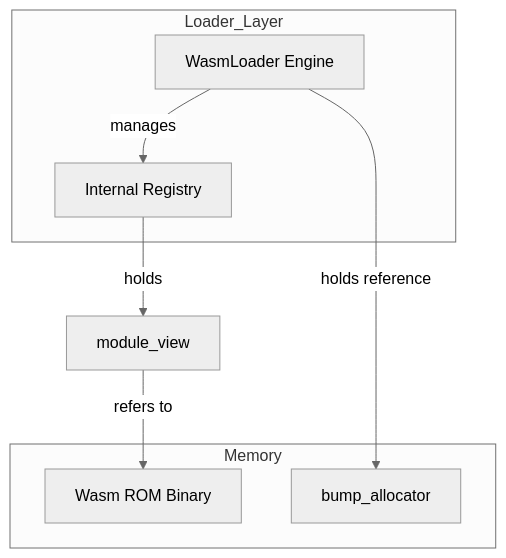
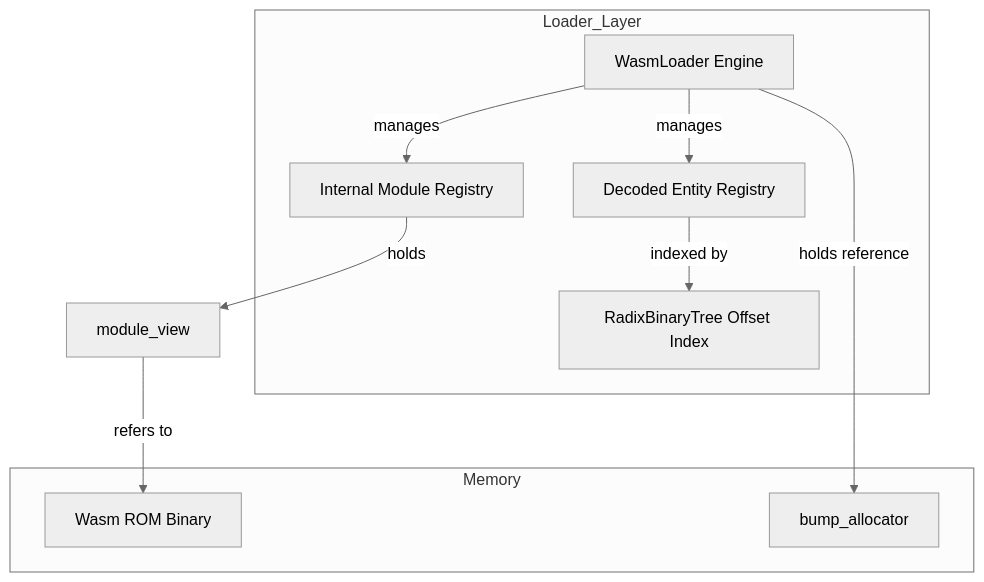
One commit to kmt-t/fireball changed the first of 3 diagrams in docs/components/tier2_runtime/runtime_loader.md. Above: the diagram before and after it, drawn with Mermaid (neutral theme). The commit also changed other lines of this file and 7 other files, not shown here.

Commit message:
feat(loader): add DecodedEntityRegistry and RadixBinaryTree file offset reverse lookup to WASM loader specification and implementation

````diff
--- a/docs/components/tier2_runtime/runtime_loader.md
+++ b/docs/components/tier2_runtime/runtime_loader.md
@@ -27,17 +29,21 @@
 ```mermaid
 graph TD
     subgraph Loader_Layer
         Loader[WasmLoader Engine]
-        Registry[Internal Registry]
+        Registry[Internal Module Registry]
+        EntityReg[Decoded Entity Registry]
+        RadixTree[RadixBinaryTree Offset Index]
     end
 
     subgraph Memory
         ROM[Wasm ROM Binary]
         Alloc[bump_allocator]
     end
 
     Loader -- holds reference --> Alloc
     Loader -- manages --> Registry
+    Loader -- manages --> EntityReg
+    EntityReg -- indexed by --> RadixTree
     Registry -- holds --> View[module_view]
     View -- refers to --> ROM
 ```
````
